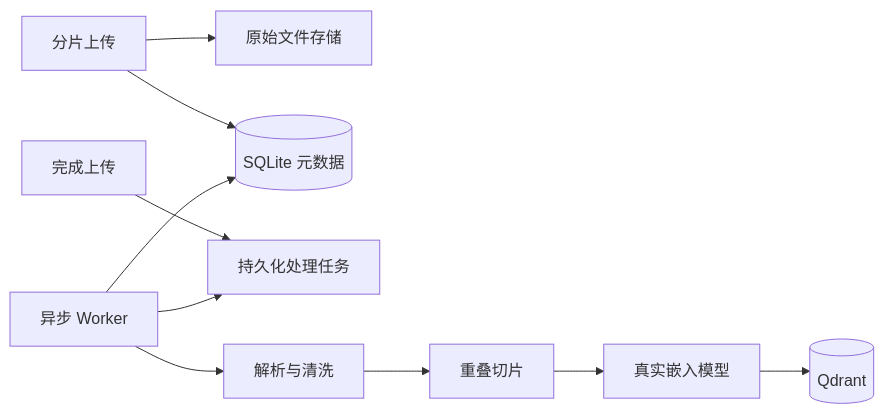
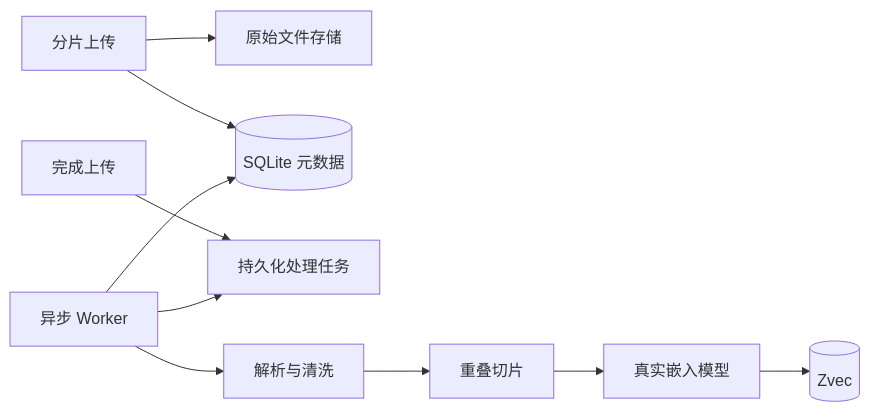
Before and after one commit to yiting001/agent: the second of 2 diagrams in docs/decisions/0001-large-shared-knowledge-architecture.md, drawn with Mermaid. The commit also changed other lines of this file and 17 other files, not shown here.

````diff
--- a/docs/decisions/0001-large-shared-knowledge-architecture.md
+++ b/docs/decisions/0001-large-shared-knowledge-architecture.md
@@ -63,12 +63,12 @@
 ```mermaid
 flowchart LR
   Upload[分片上传] --> Object[原始文件存储]
   Upload --> Metadata[(SQLite 元数据)]
   Complete[完成上传] --> Job[持久化处理任务]
   Worker[异步 Worker] --> Job
   Worker --> Parse[解析与清洗]
   Parse --> Chunk[重叠切片]
   Chunk --> Embed[真实嵌入模型]
-  Embed --> Vector[(Qdrant)]
+  Embed --> Vector[(Zvec)]
   Worker --> Metadata
 ```
````
